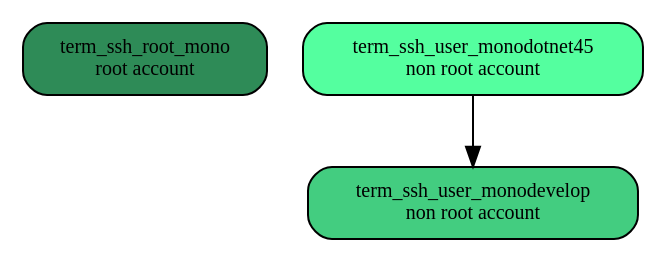
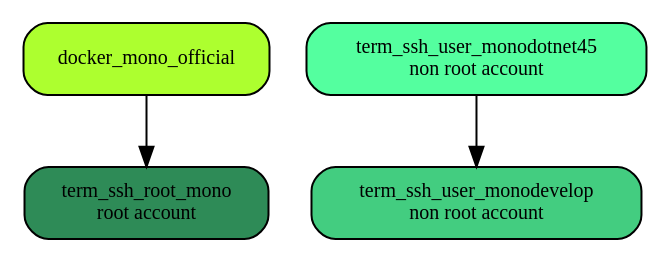
One commit to marchandd/docker_index changed the diagram in graph2.dot. Above: the diagram before and after it, drawn with Graphviz. The commit also changed 8 other files, not shown here.

```diff
--- a/graph2.dot
+++ b/graph2.dot
@@ -1,7 +1,9 @@
 digraph docker
 {
+ "mono" [label="docker_mono_official",shape=box,fillcolor="greenyellow",style="filled,rounded", fontsize="10.0"];
  "term_ssh_root_mono" [label="term_ssh_root_mono\nroot account",shape=box,fillcolor="seagreen",style="filled,rounded", fontsize="10.0"];
  "term_ssh_user_monodotnet45" [label="term_ssh_user_monodotnet45\nnon root account",shape=box,fillcolor="seagreen1",style="filled,rounded", fontsize="10.0"];
  "term_ssh_user_monodevelop" [label="term_ssh_user_monodevelop\nnon root account",shape=box,fillcolor="seagreen3",style="filled,rounded", fontsize="10.0"];
+ "mono" -> "term_ssh_root_mono"
  "term_ssh_user_monodotnet45" -> "term_ssh_user_monodevelop";
 }
```
